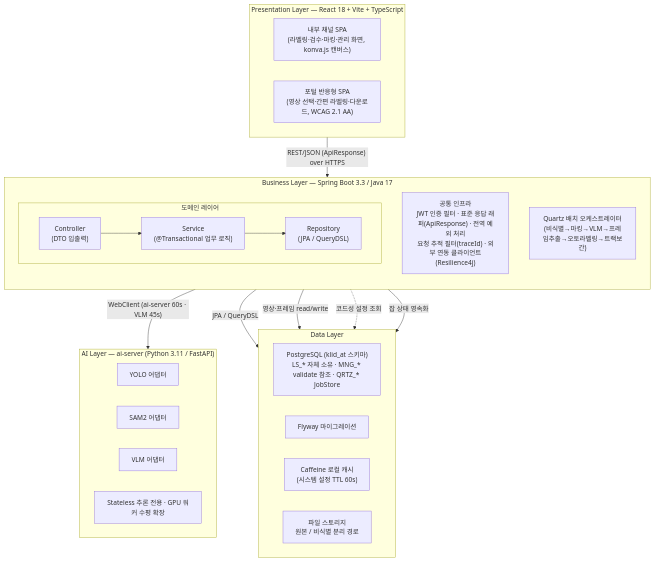
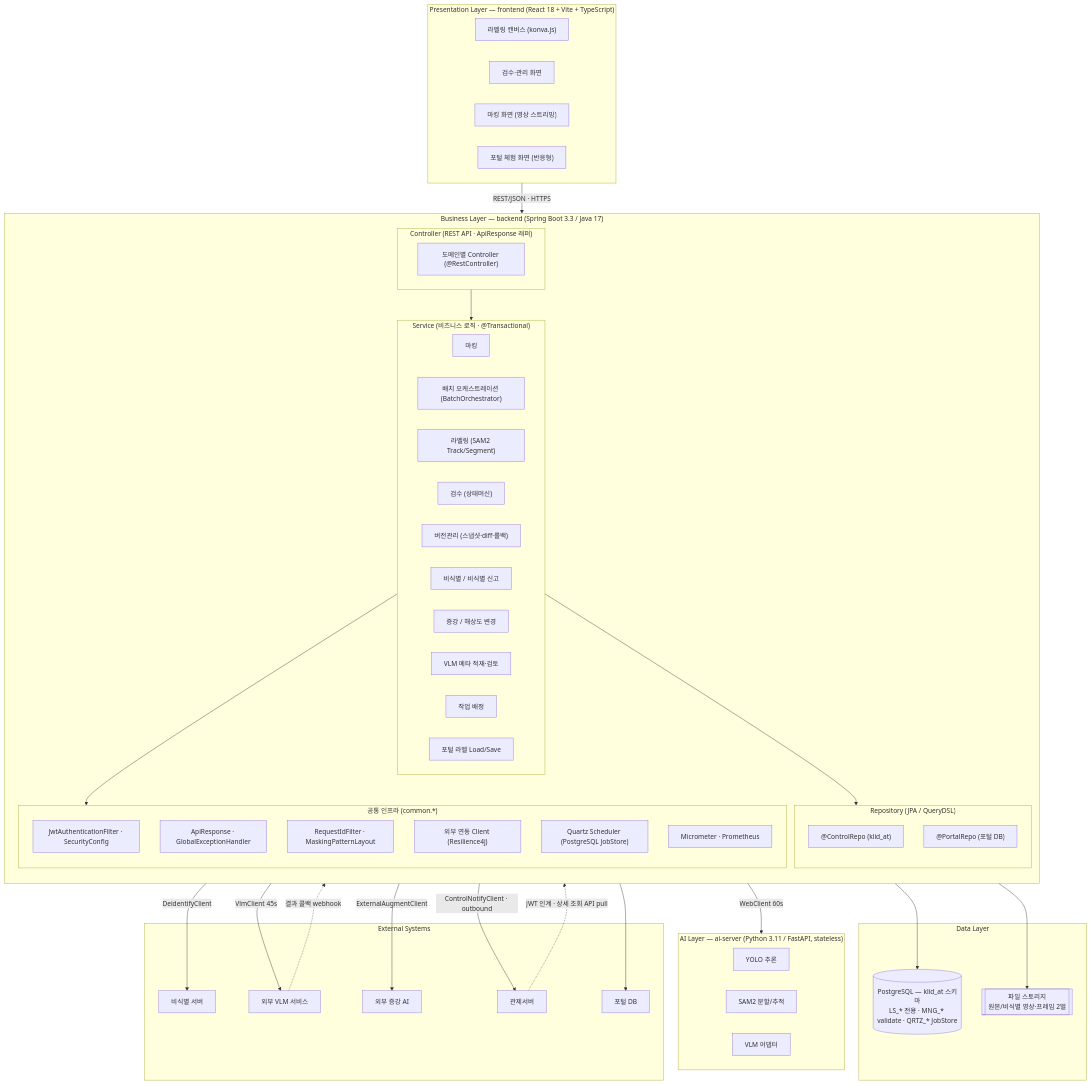
The first of 2 diagrams in docs/design/D5-아키텍처설계서.md (New-stella/klid-label), drawn with Mermaid before and after one commit. The commit also changed other lines of this file and 6 other files, not shown here.

````diff
--- a/docs/design/D5-아키텍처설계서.md
+++ b/docs/design/D5-아키텍처설계서.md
@@ -34,41 +32,74 @@
 ```mermaid
 flowchart TB
-    subgraph P["Presentation Layer — React 18 + Vite + TypeScript"]
-        direction LR
-        P1["내부 채널 SPA<br/>(라벨링·검수·마킹·관리 화면, konva.js 캔버스)"]
-        P2["포털 반응형 SPA<br/>(영상 선택·간편 라벨링·다운로드, WCAG 2.1 AA)"]
+    subgraph PRES["Presentation Layer — frontend (React 18 + Vite + TypeScript)"]
+        UI_LABEL["라벨링 캔버스 (konva.js)"]
+        UI_REVIEW["검수·관리 화면"]
+        UI_MARK["마킹 화면 (영상 스트리밍)"]
+        UI_PORTAL["포털 체험 화면 (반응형)"]
     end
 
-    subgraph B["Business Layer — Spring Boot 3.3 / Java 17"]
+    subgraph BIZ["Business Layer — backend (Spring Boot 3.3 / Java 17)"]
         direction TB
-        B0["공통 인프라<br/>JWT 인증 필터 · 표준 응답 래퍼(ApiResponse) · 전역 예외 처리<br/>요청 추적 필터(traceId) · 외부 연동 클라이언트(Resilience4j)"]
-        subgraph BL["도메인 레이어"]
-            direction LR
-            BC["Controller<br/>(DTO 입출력)"] --> BS["Service<br/>(@Transactional 업무 로직)"] --> BR["Repository<br/>(JPA / QueryDSL)"]
+        subgraph CTRL["Controller (REST API · ApiResponse 래퍼)"]
+            C_API["도메인별 Controller (@RestController)"]
         end
-        BQ["Quartz 배치 오케스트레이터<br/>(비식별→마킹→VLM→프레임추출→오토라벨링→트랙보간)"]
+        subgraph SVC["Service (비즈니스 로직 · @Transactional)"]
+            S_MARK["마킹"]
+            S_BATCH["배치 오케스트레이션 (BatchOrchestrator)"]
+            S_LABEL["라벨링 (SAM2 Track/Segment)"]
+            S_REVIEW["검수 (상태머신)"]
+            S_VER["버전관리 (스냅샷·diff·롤백)"]
+            S_DEID["비식별 / 비식별 신고"]
+            S_AUG["증강 / 해상도 변경"]
+            S_VLM["VLM 메타 적재·검토"]
+            S_ASSIGN["작업 배정"]
+            S_PORTAL["포털 라벨 Load/Save"]
+        end
+        subgraph REPO["Repository (JPA / QueryDSL)"]
+            R_CTRL["@ControlRepo (klid_at)"]
+            R_PORTAL["@PortalRepo (포털 DB)"]
+        end
+        subgraph INFRA["공통 인프라 (common.*)"]
+            I_SEC["JwtAuthenticationFilter · SecurityConfig"]
+            I_RESP["ApiResponse · GlobalExceptionHandler"]
+            I_LOG["RequestIdFilter · MaskingPatternLayout"]
+            I_CLIENT["외부 연동 Client (Resilience4j)"]
+            I_QUARTZ["Quartz Scheduler (PostgreSQL JobStore)"]
+            I_OBS["Micrometer · Prometheus"]
+        end
     end
 
-    subgraph AI["AI Layer — ai-server (Python 3.11 / FastAPI)"]
-        direction LR
-        AI1["YOLO 어댑터"]
-        AI2["SAM2 어댑터"]
-        AI3["VLM 어댑터"]
-        AINOTE["Stateless 추론 전용 · GPU 워커 수평 확장"]
+    subgraph DATA["Data Layer"]
+        DB[("PostgreSQL — klid_at 스키마\nLS_* 전용 · MNG_* validate · QRTZ_* JobStore")]
+        FS[["파일 스토리지\n원본/비식별 영상·프레임 2벌"]]
     end
 
-    subgraph D["Data Layer"]
-        direction LR
-        D1["PostgreSQL (klid_at 스키마)<br/>LS_* 자체 소유 · MNG_* validate 참조 · QRTZ_* JobStore"]
-        D2["Flyway 마이그레이션"]
-        D3["Caffeine 로컬 캐시<br/>(시스템 설정 TTL 60s)"]
-        D4["파일 스토리지<br/>원본 / 비식별 분리 경로"]
+    subgraph AI["AI Layer — ai-server (Python 3.11 / FastAPI, stateless)"]
+        AI_YOLO["YOLO 추론"]
+        AI_SAM2["SAM2 분할/추적"]
+        AI_VLM["VLM 어댑터"]
     end
 
-    P -->|"REST/JSON (ApiResponse) over HTTPS"| B
-    BS -->|"WebClient (ai-server 60s · VLM 45s)"| AI
-    BR -->|"JPA / QueryDSL"| D1
-    BS -->|"영상·프레임 read/write"| D4
-    BS -.->|"코드성 설정 조회"| D3
-    BQ -->|"잡 상태 영속화"| D1
+    subgraph EXT["External Systems"]
+        E_DEID["비식별 서버"]
+        E_VLM["외부 VLM 서비스"]
+        E_AUG["외부 증강 AI"]
+        E_CTRL["관제서버"]
+        E_PORTALDB["포털 DB"]
+    end
+
+    PRES -->|REST/JSON · HTTPS| CTRL
+    CTRL --> SVC
+    SVC --> REPO
+    SVC --> INFRA
+    REPO --> DB
+    SVC --> FS
+    I_CLIENT -->|WebClient 60s| AI
+    I_CLIENT -->|DeidentifyClient| E_DEID
+    I_CLIENT -->|VlmClient 45s| E_VLM
+    I_CLIENT -->|ExternalAugmentClient| E_AUG
+    I_CLIENT -->|ControlNotifyClient · outbound| E_CTRL
+    R_PORTAL --> E_PORTALDB
+    E_CTRL -.->|JWT 인계 · 상세 조회 API pull| CTRL
+    E_VLM -.->|결과 콜백 webhook| CTRL
 ```
````
